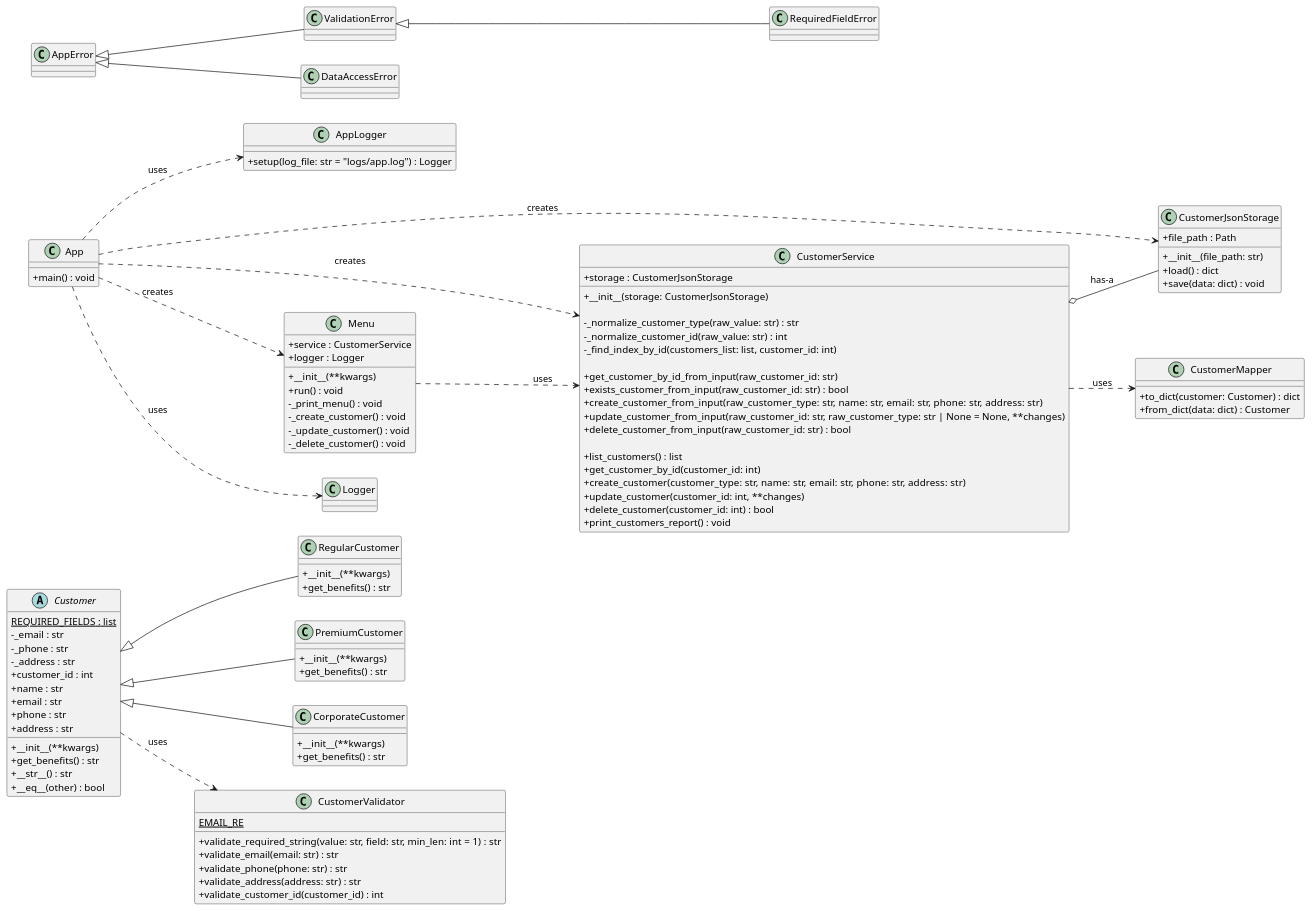
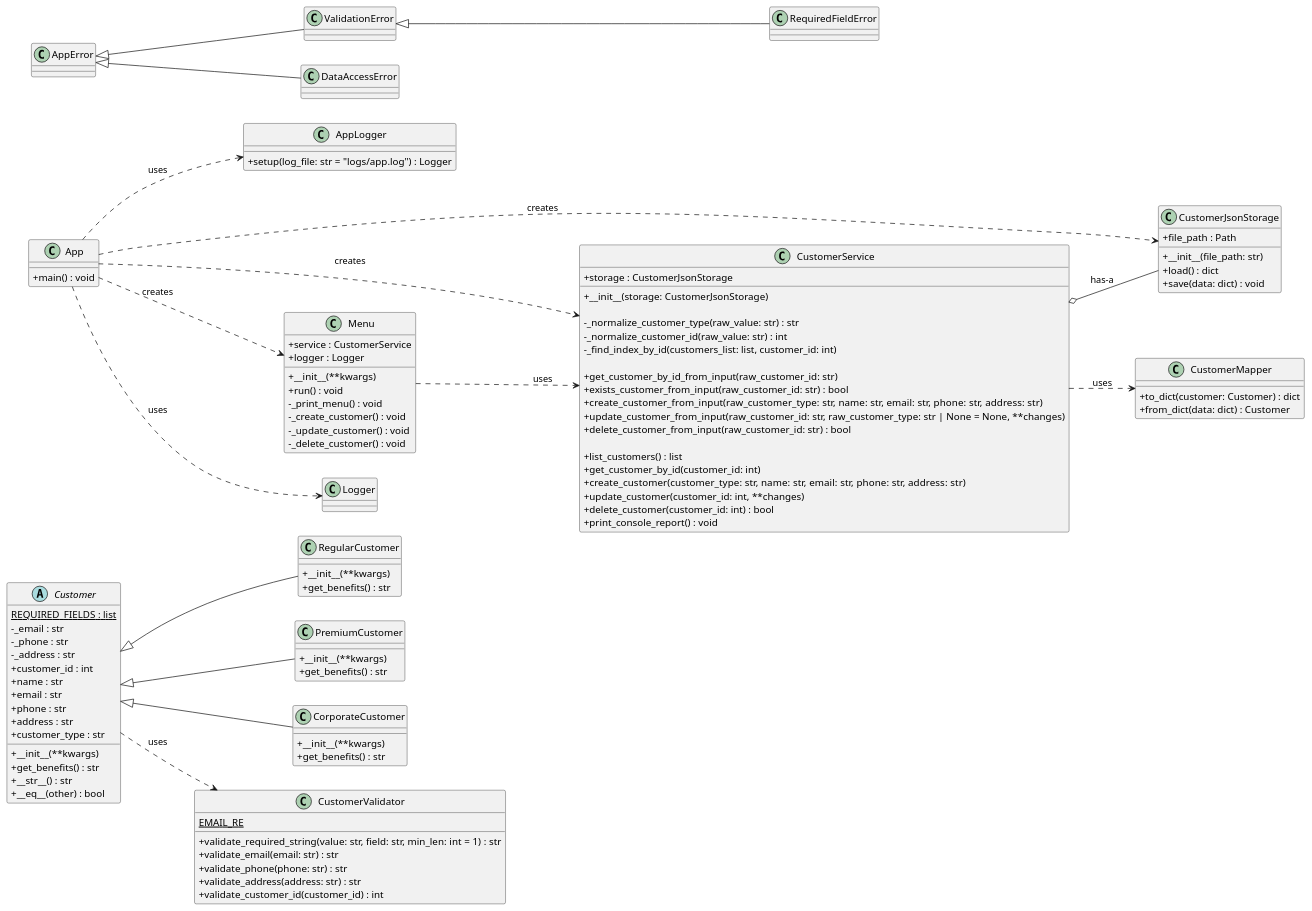
The diagram in docs/uml/customer_mgn.puml (marechek/Gestion_Clientes), drawn with PlantUML before and after one commit. The commit also changed 6 other files, not shown here.

```diff
--- a/docs/uml/customer_mgn.puml
+++ b/docs/uml/customer_mgn.puml
@@ -1,146 +1,147 @@
 @startuml customer_mgn.puml
 left to right direction
 skinparam classAttributeIconSize 0
 
 ' =====================
 ' Domain
 ' =====================
 abstract class Customer {
   {static} REQUIRED_FIELDS : list
   - _email : str
   - _phone : str
   - _address : str
   + customer_id : int
   + name : str
   + __init__(**kwargs)
   + email : str
   + phone : str
   + address : str
+  + customer_type : str
   + get_benefits() : str
   + __str__() : str
   + __eq__(other) : bool
 }
 
 class RegularCustomer {
   + __init__(**kwargs)
   + get_benefits() : str
 }
 class PremiumCustomer {
   + __init__(**kwargs)
   + get_benefits() : str
 }
 class CorporateCustomer {
   + __init__(**kwargs)
   + get_benefits() : str
 }
 
 Customer <|-- RegularCustomer
 Customer <|-- PremiumCustomer
 Customer <|-- CorporateCustomer
 
 Customer ..> CustomerValidator : uses
 
 ' =====================
 ' Validators
 ' =====================
 class CustomerValidator {
   {static} EMAIL_RE
   + validate_required_string(value: str, field: str, min_len: int = 1) : str
   + validate_email(email: str) : str
   + validate_phone(phone: str) : str
   + validate_address(address: str) : str
   + validate_customer_id(customer_id) : int
 }
 
 ' =====================
 ' Logging
 ' =====================
 class AppLogger {
   + setup(log_file: str = "logs/app.log") : Logger
 }
 
 ' =====================
 ' Errors / Exceptions
 ' =====================
 class AppError
 class ValidationError
 class RequiredFieldError
 class DataAccessError
 
 AppError <|-- ValidationError
 ValidationError <|-- RequiredFieldError
 AppError <|-- DataAccessError
 
 ' =====================
 ' Persistence / Mapping
 ' =====================
 class CustomerJsonStorage {
   + file_path : Path
   + __init__(file_path: str)
   + load() : dict
   + save(data: dict) : void
 }
 
 class CustomerMapper {
   + to_dict(customer: Customer) : dict
   + from_dict(data: dict) : Customer
 }
 
 ' =====================
 ' Services
 ' =====================
 class CustomerService {
   + storage : CustomerJsonStorage
   + __init__(storage: CustomerJsonStorage)
 
   - _normalize_customer_type(raw_value: str) : str
   - _normalize_customer_id(raw_value: str) : int
   - _find_index_by_id(customers_list: list, customer_id: int)
 
   + get_customer_by_id_from_input(raw_customer_id: str)
   + exists_customer_from_input(raw_customer_id: str) : bool
   + create_customer_from_input(raw_customer_type: str, name: str, email: str, phone: str, address: str)
   + update_customer_from_input(raw_customer_id: str, raw_customer_type: str | None = None, **changes)
   + delete_customer_from_input(raw_customer_id: str) : bool
 
   + list_customers() : list
   + get_customer_by_id(customer_id: int)
   + create_customer(customer_type: str, name: str, email: str, phone: str, address: str)
   + update_customer(customer_id: int, **changes)
   + delete_customer(customer_id: int) : bool
-  + print_customers_report() : void
+  + print_console_report() : void
 }
 
 CustomerService ..> CustomerMapper : uses
 CustomerService o-- CustomerJsonStorage : has-a
 
 ' =====================
 ' UI
 ' =====================
 class Menu {
   + service : CustomerService
   + logger : Logger
   + __init__(**kwargs)
   + run() : void
   - _print_menu() : void
   - _create_customer() : void
   - _update_customer() : void
   - _delete_customer() : void
 }
 
 Menu ..> CustomerService : uses
 
 ' =====================
 ' Composition Root (main.py)
 ' =====================
 class App {
   + main() : void
 }
 
 App ..> AppLogger : uses
 App ..> CustomerJsonStorage : creates
 App ..> CustomerService : creates
 App ..> Menu : creates
 App ..> Logger : uses
 
 @enduml
```
